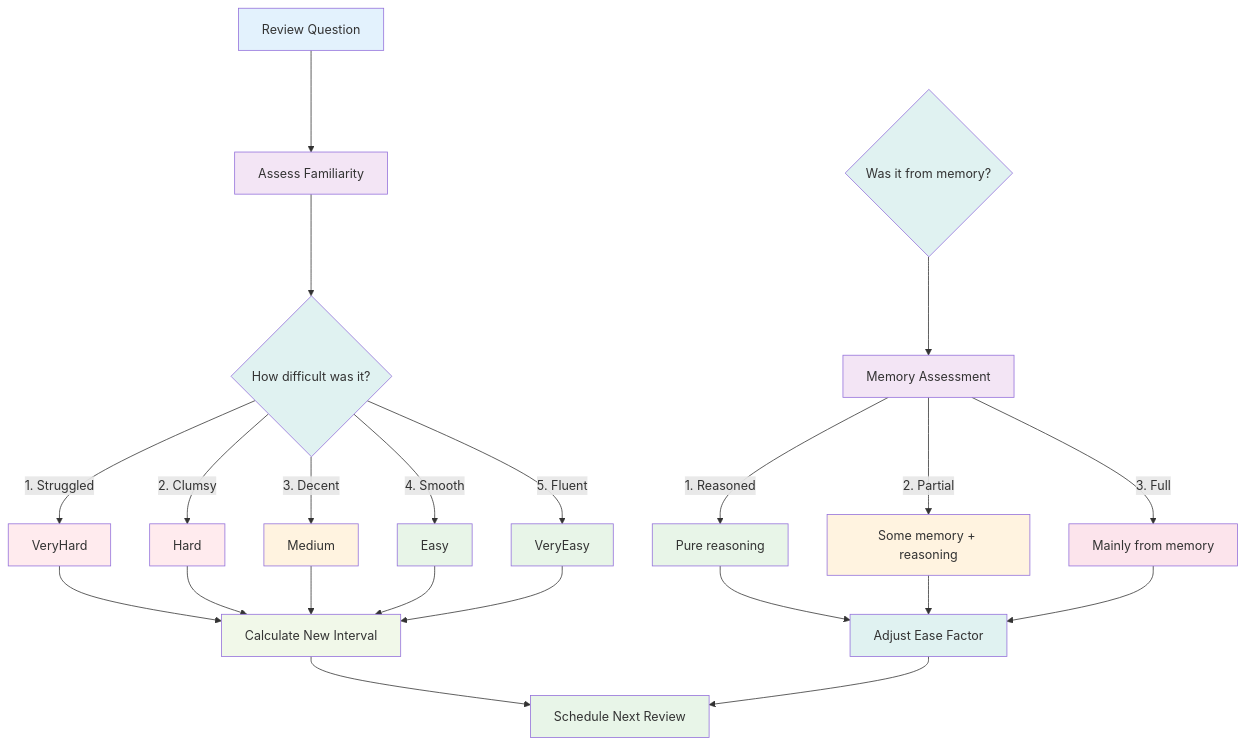
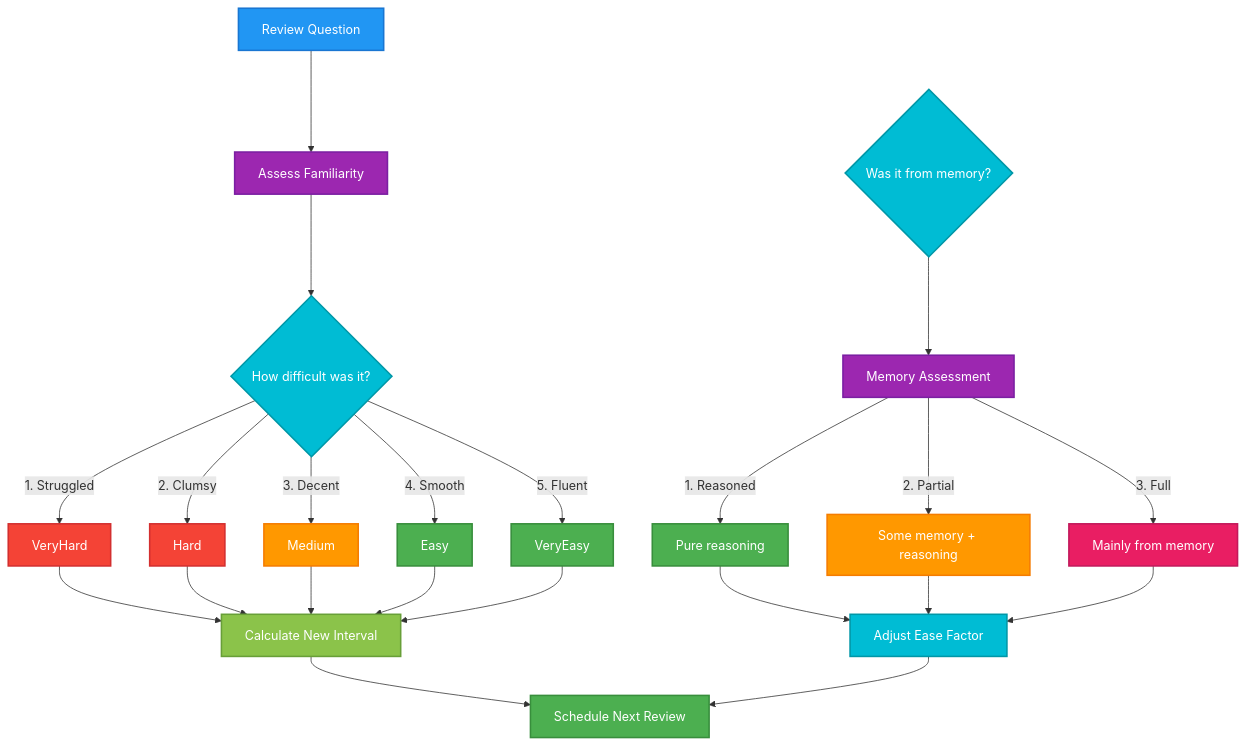
One commit to eannchen/leetsolv changed the fifth of 8 diagrams in README.md. Above: the diagram before and after it, drawn with Mermaid. The commit also changed other lines of this file, not shown here.

Commit message:
docs: update README.md to improve flowchart styles with new color schemes for better visual clarity and consistency across sections

````diff
--- a/README.md
+++ b/README.md
@@ -561,47 +561,47 @@
 ```mermaid
 flowchart TD
     A[Review Question] --> B[Assess Familiarity]
     B --> C{How difficult was it?}
 
     C -->|1. Struggled| D[VeryHard]
     C -->|2. Clumsy| E[Hard]
     C -->|3. Decent| F[Medium]
     C -->|4. Smooth| G[Easy]
     C -->|5. Fluent| H[VeryEasy]
 
     I{Was it from memory?} --> J[Memory Assessment]
 
     J -->|1. Reasoned| K[Pure reasoning]
     J -->|2. Partial| L[Some memory + reasoning]
     J -->|3. Full| M[Mainly from memory]
 
     D --> N[Calculate New Interval]
     E --> N
     F --> N
     G --> N
     H --> N
 
     K --> O[Adjust Ease Factor]
     L --> O
     M --> O
 
     N --> P[Schedule Next Review]
     O --> P
 
-    style A fill:#e3f2fd
-    style B fill:#f3e5f5
-    style C fill:#e0f2f1
-    style D fill:#ffebee
-    style E fill:#ffebee
-    style F fill:#fff3e0
-    style G fill:#e8f5e8
-    style H fill:#e8f5e8
-    style I fill:#e0f2f1
-    style J fill:#f3e5f5
-    style K fill:#e8f5e8
-    style L fill:#fff3e0
-    style M fill:#fce4ec
-    style N fill:#f1f8e9
-    style O fill:#e0f2f1
-    style P fill:#e8f5e8
+    style A fill:#2196F3,stroke:#1976D2,stroke-width:2px,color:#ffffff
+    style B fill:#9C27B0,stroke:#7B1FA2,stroke-width:2px,color:#ffffff
+    style C fill:#00BCD4,stroke:#0097A7,stroke-width:2px,color:#ffffff
+    style D fill:#F44336,stroke:#D32F2F,stroke-width:2px,color:#ffffff
+    style E fill:#F44336,stroke:#D32F2F,stroke-width:2px,color:#ffffff
+    style F fill:#FF9800,stroke:#F57C00,stroke-width:2px,color:#ffffff
+    style G fill:#4CAF50,stroke:#388E3C,stroke-width:2px,color:#ffffff
+    style H fill:#4CAF50,stroke:#388E3C,stroke-width:2px,color:#ffffff
+    style I fill:#00BCD4,stroke:#0097A7,stroke-width:2px,color:#ffffff
+    style J fill:#9C27B0,stroke:#7B1FA2,stroke-width:2px,color:#ffffff
+    style K fill:#4CAF50,stroke:#388E3C,stroke-width:2px,color:#ffffff
+    style L fill:#FF9800,stroke:#F57C00,stroke-width:2px,color:#ffffff
+    style M fill:#E91E63,stroke:#C2185B,stroke-width:2px,color:#ffffff
+    style N fill:#8BC34A,stroke:#689F38,stroke-width:2px,color:#ffffff
+    style O fill:#00BCD4,stroke:#0097A7,stroke-width:2px,color:#ffffff
+    style P fill:#4CAF50,stroke:#388E3C,stroke-width:2px,color:#ffffff
 ```
````
